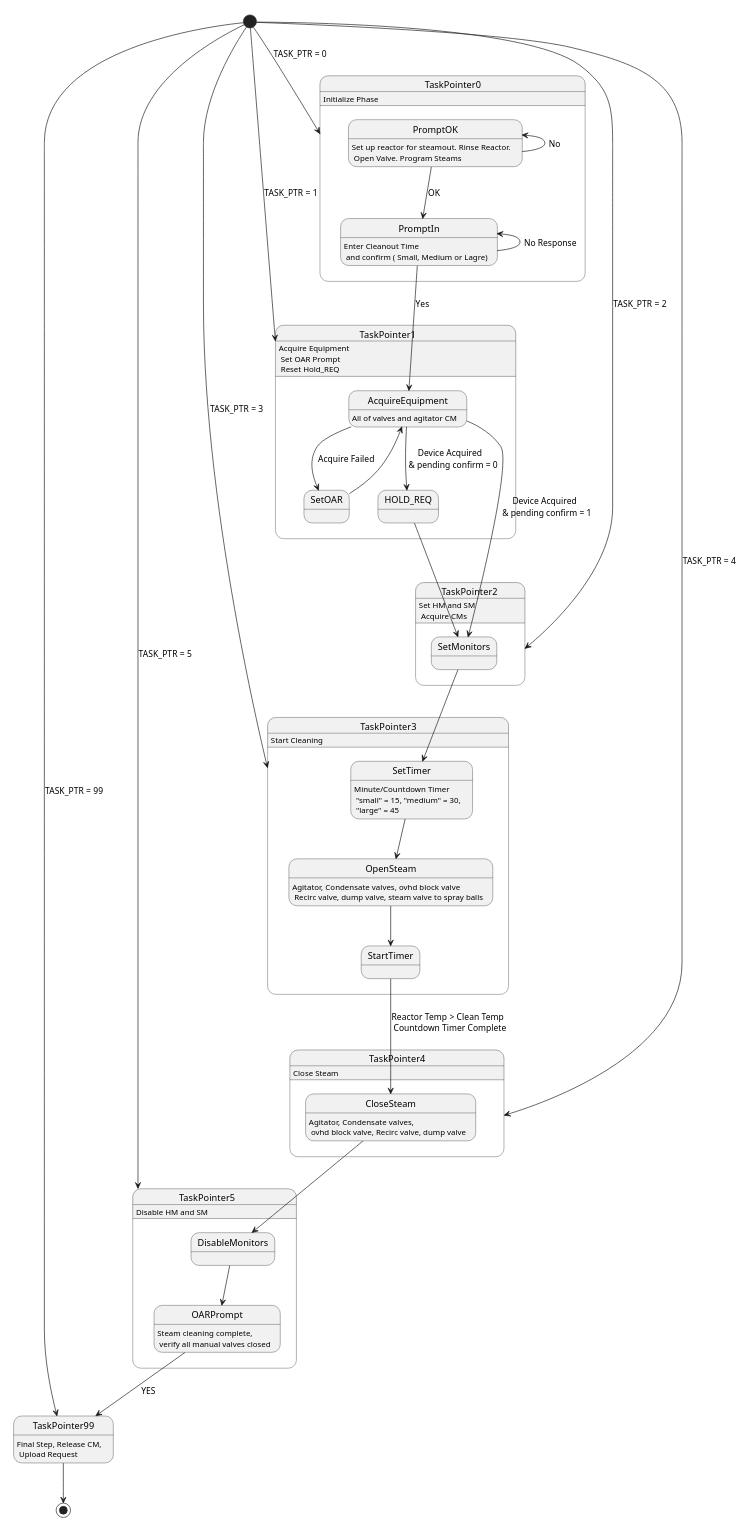
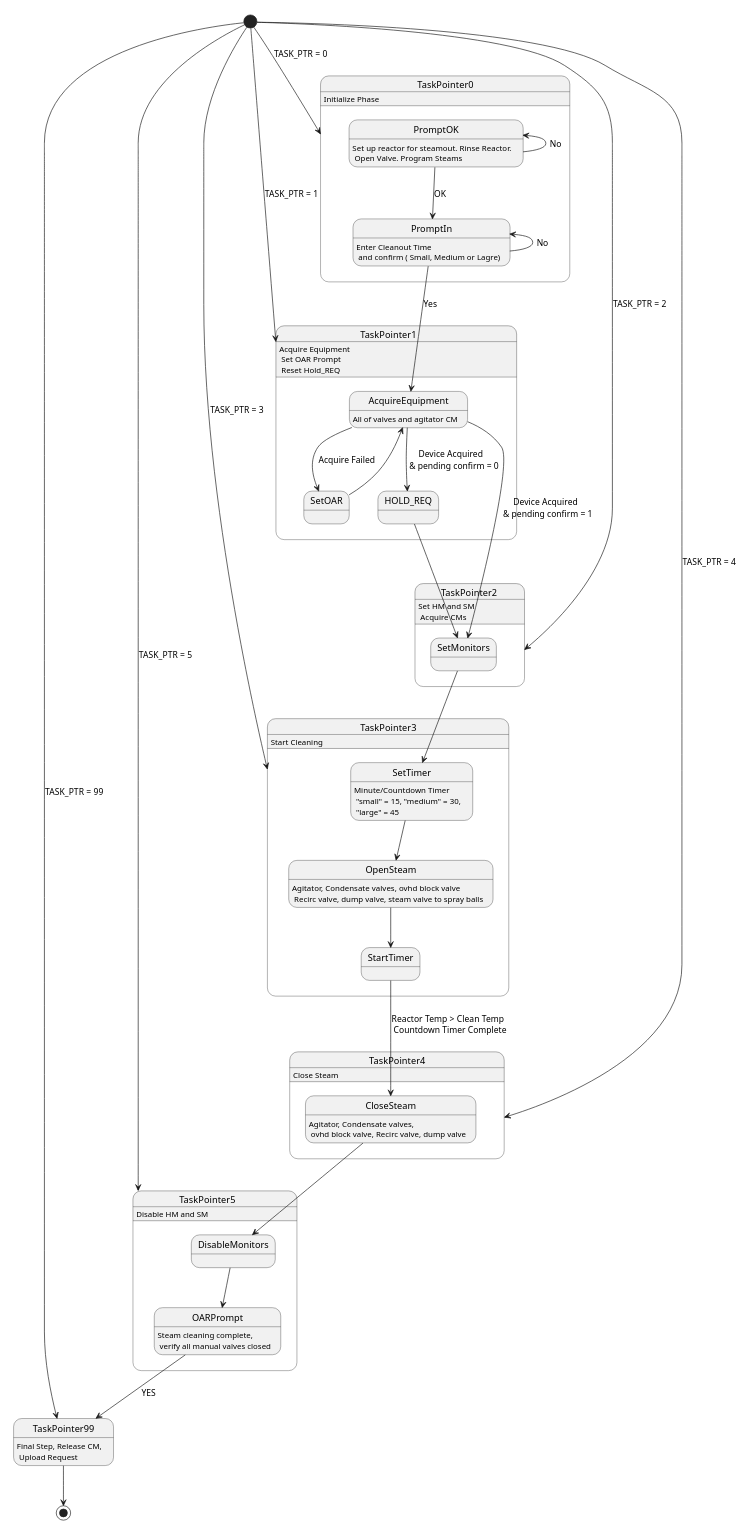
One commit to mekcrab/Solvay_test changed the diagram in TESTSPEC_VPENG/PH_AL_CLN_STM.puml. Above: the diagram before and after it, drawn with PlantUML.

Commit message:
Added a countdown timer for steam cleaning

```diff
--- a/TESTSPEC_VPENG/PH_AL_CLN_STM.puml
+++ b/TESTSPEC_VPENG/PH_AL_CLN_STM.puml
@@ -1,90 +1,90 @@
 @startuml
 scale 550 width
 
 [*] --> TaskPointer0: TASK_PTR = 0
 [*] --> TaskPointer1: TASK_PTR = 1
 [*] --> TaskPointer2: TASK_PTR = 2
 [*] --> TaskPointer3: TASK_PTR = 3
 [*] --> TaskPointer4: TASK_PTR = 4
 [*] --> TaskPointer5: TASK_PTR = 5
 [*] --> TaskPointer99: TASK_PTR = 99
 
 
 TaskPointer0: Initialize Phase
 state TaskPointer0{
 
 PromptOK: Set up reactor for steamout. Rinse Reactor. \n Open Valve. Program Steams
 PromptOK -up-> PromptOK: No
 
 PromptOK --> PromptIn: OK
 PromptIn: Enter Cleanout Time \n and confirm ( Small, Medium or Lagre)
-PromptIn -up-> PromptIn: No Response
+PromptIn -up-> PromptIn: No 
 
 
 }
 
 
 TaskPointer1:  Acquire Equipment \n Set OAR Prompt \n Reset Hold_REQ
 
 state TaskPointer1 {
 
 PromptIn --> AcquireEquipment: Yes
 AcquireEquipment --> SetOAR: Acquire Failed
 AcquireEquipment: All of valves and agitator CM
 SetOAR --> AcquireEquipment
 AcquireEquipment --> HOLD_REQ: Device Acquired  \n & pending confirm = 0
 
 
 }
 
 
 
 TaskPointer2: Set HM and SM \n Acquire CMs
 
 state TaskPointer2 {
 
 AcquireEquipment --> SetMonitors: Device Acquired \n & pending confirm = 1
 HOLD_REQ --> SetMonitors
 
 }
 
 
 TaskPointer3: Start Cleaning
 
 state TaskPointer3 {
 
 SetMonitors --> SetTimer
 SetTimer: Minute/Countdown Timer \n "small" = 15, "medium" = 30, \n "large" = 45
 
 SetTimer --> OpenSteam
 OpenSteam: Agitator, Condensate valves, ovhd block valve \n Recirc valve, dump valve, steam valve to spray balls
 
 OpenSteam --> StartTimer
 
 }
 
 
 TaskPointer4: Close Steam
 state TaskPointer4{
 StartTimer --> CloseSteam: Reactor Temp > Clean Temp \n Countdown Timer Complete
 CloseSteam: Agitator, Condensate valves, \n ovhd block valve, Recirc valve, dump valve
 
 }
 
 
 TaskPointer5: Disable HM and SM
 
 state TaskPointer5 {
 CloseSteam --> DisableMonitors
 
 DisableMonitors --> OARPrompt
 
 OARPrompt --> TaskPointer99: YES
 OARPrompt: Steam cleaning complete, \n verify all manual valves closed
 
 }
 
 TaskPointer99: Final Step, Release CM, \n Upload Request
 
 TaskPointer99 --> [*]
 @enduml
```
